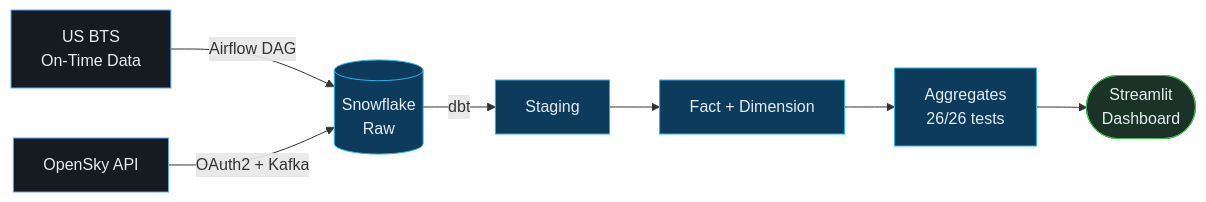
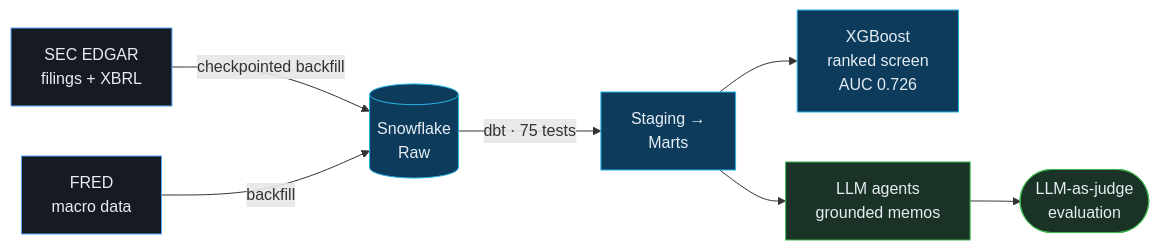
The diagram in README.md (bhavyaupadhyayy/bhavayupadhyay), drawn with Mermaid before and after one commit. The commit also changed other lines of this file, not shown here.

````diff
--- a/README.md
+++ b/README.md
@@ -35,16 +37,16 @@
 ```mermaid
 flowchart LR
-    A["US BTS<br/>On-Time Data"] -->|Airflow DAG| C[("Snowflake<br/>Raw")]
-    B["OpenSky API"] -->|OAuth2 + Kafka| C
-    C -->|dbt| D["Staging"]
-    D --> E["Fact + Dimension"]
-    E --> F["Aggregates<br/>26/26 tests"]
-    F --> G(["Streamlit<br/>Dashboard"])
+    A["SEC EDGAR<br/>filings + XBRL"] -->|checkpointed backfill| C[("Snowflake<br/>Raw")]
+    B["FRED<br/>macro data"] -->|backfill| C
+    C -->|dbt · 75 tests| D["Staging →<br/>Marts"]
+    D --> E["XGBoost<br/>ranked screen<br/>AUC 0.726"]
+    D --> F["LLM agents<br/>grounded memos"]
+    F --> G(["LLM-as-judge<br/>evaluation"])
 
     classDef src fill:#161b22,stroke:#58A6FF,color:#E6EDF3;
     classDef core fill:#0d3b5c,stroke:#29B5E8,color:#E6EDF3;
     classDef out fill:#1a3326,stroke:#3fb950,color:#E6EDF3;
     class A,B src;
-    class C,D,E,F core;
-    class G out;
+    class C,D,E core;
+    class F,G out;
 ```
````
